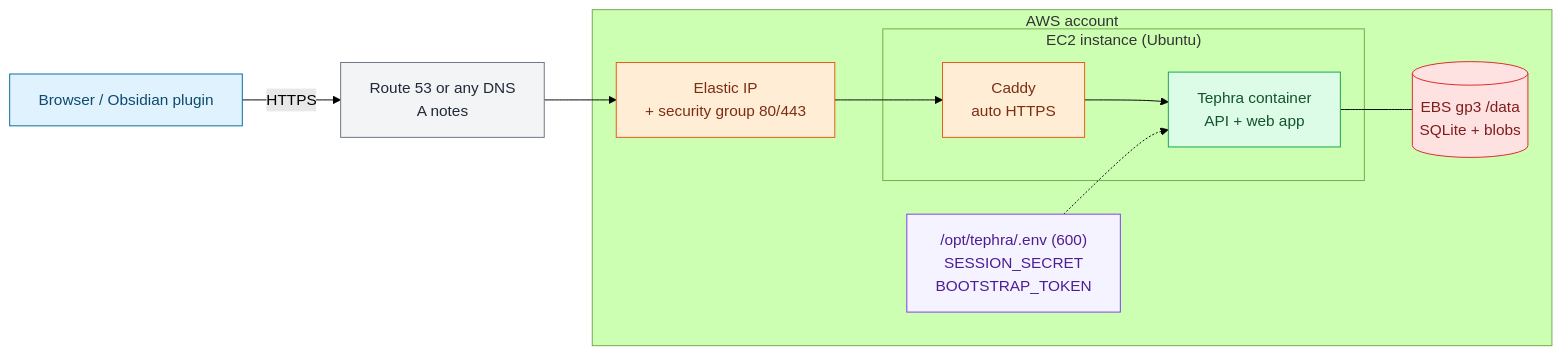
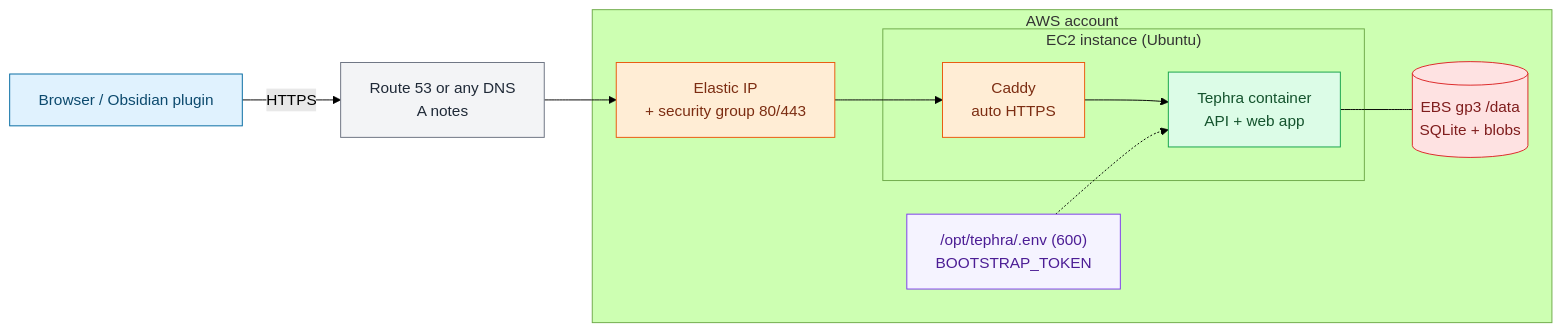
One commit to championswimmer/tephra changed the diagram in docs/deploy/AWS.md. Above: the diagram before and after it, drawn with Mermaid (forest theme). The commit also changed other lines of this file and 159 other files, not shown here.

````diff
--- a/docs/deploy/AWS.md
+++ b/docs/deploy/AWS.md
@@ -8,31 +8,31 @@
 ```mermaid
 flowchart LR
   U["Browser / Obsidian plugin"]
   DNS["Route 53 or any DNS<br/>A notes"]
   subgraph AWS["AWS account"]
     EIP["Elastic IP<br/>+ security group 80/443"]
     subgraph EC2["EC2 instance (Ubuntu)"]
       CADDY["Caddy<br/>auto HTTPS"]
       APP["Tephra container<br/>API + web app"]
     end
     EBS[("EBS gp3 /data<br/>SQLite + blobs")]
-    ENV["/opt/tephra/.env (600)<br/>SESSION_SECRET<br/>BOOTSTRAP_TOKEN"]
+    ENV["/opt/tephra/.env (600)<br/>BOOTSTRAP_TOKEN"]
   end
   DNS --> EIP --> CADDY --> APP
   APP --- EBS
   ENV -.-> APP
   U -->|HTTPS| DNS
 
   class U actor;
   class DNS meta;
   class EIP,CADDY edge;
   class APP run;
   class EBS data;
   class ENV secret;
   classDef actor fill:#E0F2FE,stroke:#0369A1,color:#0C4A6E;
   classDef edge fill:#FFEDD5,stroke:#EA580C,color:#7C2D12;
   classDef run fill:#DCFCE7,stroke:#16A34A,color:#14532D;
   classDef data fill:#FEE2E2,stroke:#DC2626,color:#7F1D1D;
   classDef secret fill:#F5F3FF,stroke:#7C3AED,color:#4C1D95;
   classDef meta fill:#F3F4F6,stroke:#6B7280,color:#1F2937;
 ```
````
